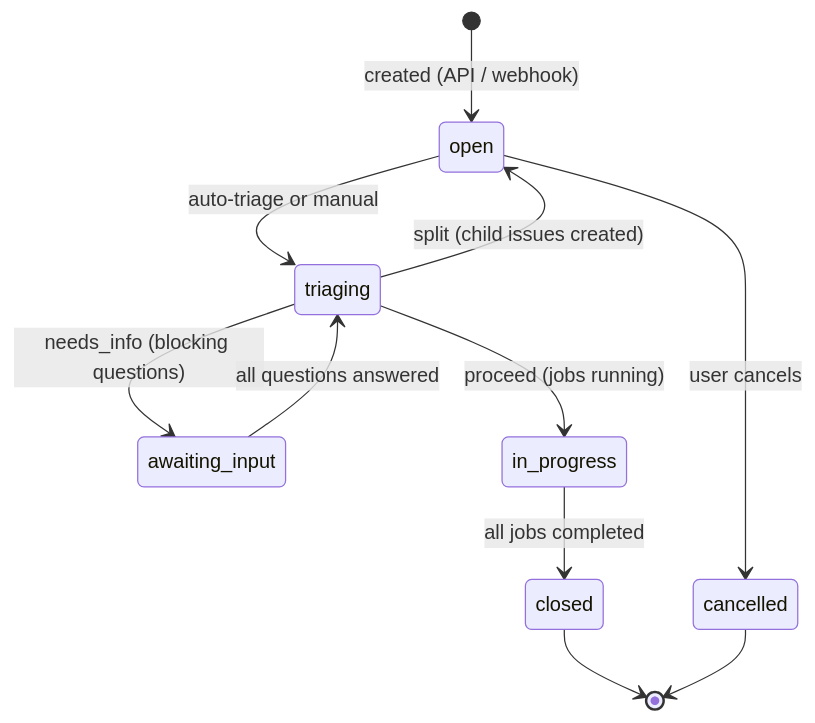
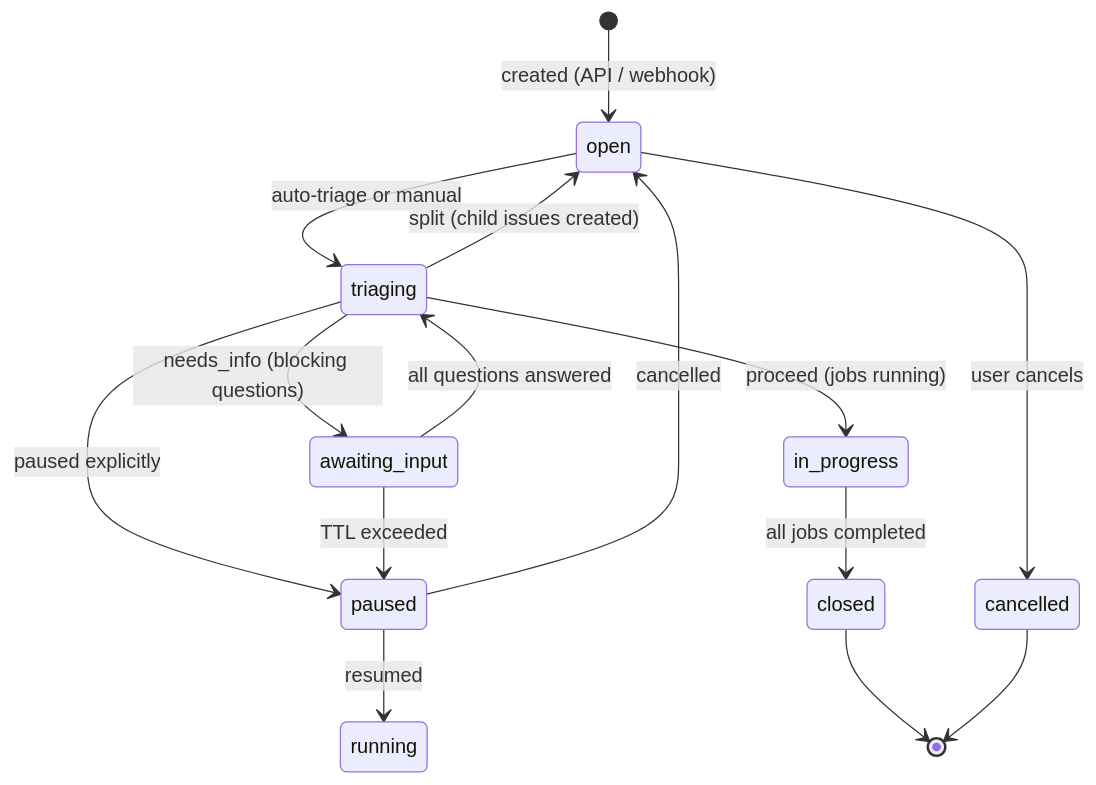
The third of 10 diagrams in docs/architecture.md (sudoTomas/embry0), drawn with Mermaid before and after one commit. The commit also changed other lines of this file, not shown here.

Commit message:
docs(architecture): bring architecture.md in line with Plans A–D (state/WS/errors/tasks)

````diff
--- a/docs/architecture.md
+++ b/docs/architecture.md
@@ -123,13 +123,17 @@
 ```mermaid
 stateDiagram-v2
     [*] --> open: created (API / webhook)
     open --> triaging: auto-triage or manual
     triaging --> awaiting_input: needs_info (blocking questions)
     triaging --> in_progress: proceed (jobs running)
     triaging --> open: split (child issues created)
+    triaging --> paused: paused explicitly
     awaiting_input --> triaging: all questions answered
+    awaiting_input --> paused: TTL exceeded
+    paused --> running: resumed
+    paused --> open: cancelled
     in_progress --> closed: all jobs completed
     open --> cancelled: user cancels
     closed --> [*]
     cancelled --> [*]
 ```
````
